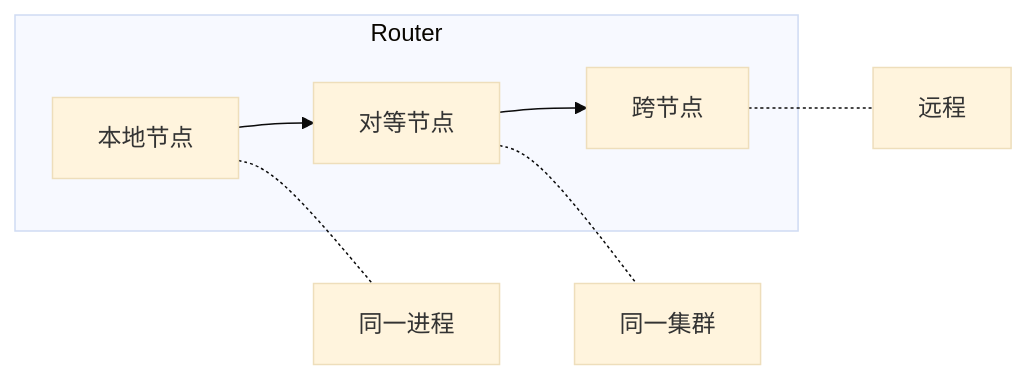
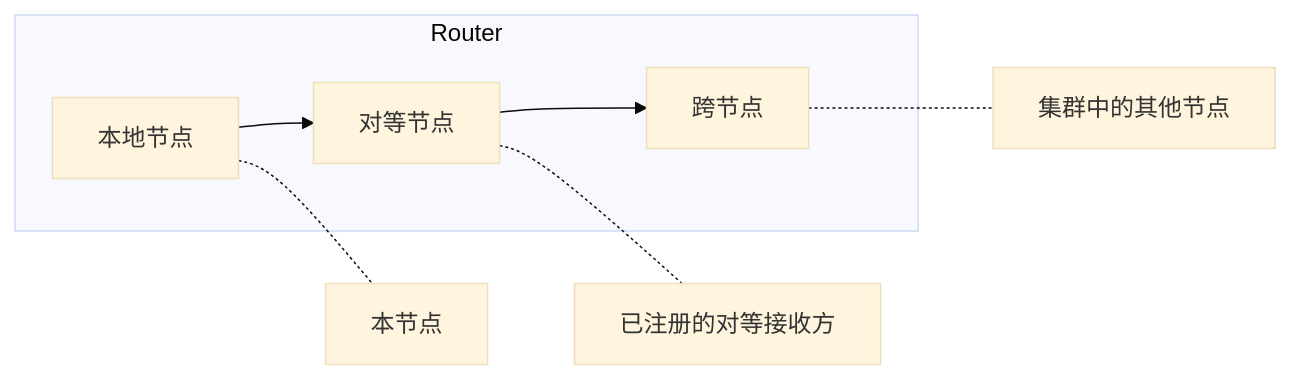
The third of 3 diagrams in zh/internals/architecture.md (wippyai/docs), drawn with Mermaid (base theme) before and after one commit. The commit also changed other lines of this file and 693 other files, not shown here.

````diff
--- a/zh/internals/architecture.md
+++ b/zh/internals/architecture.md
@@ -170,11 +169,11 @@
 ```mermaid
 flowchart LR
     subgraph Router
         Local[本地节点] --> Peer[对等节点]
         Peer --> Inter[跨节点]
     end
 
-    Local -.- L[同一进程]
-    Peer -.- P[同一集群]
-    Inter -.- I[远程]
+    Local -.- L[本节点]
+    Peer -.- P[已注册的对等接收方]
+    Inter -.- I[集群中的其他节点]
 ```
````
